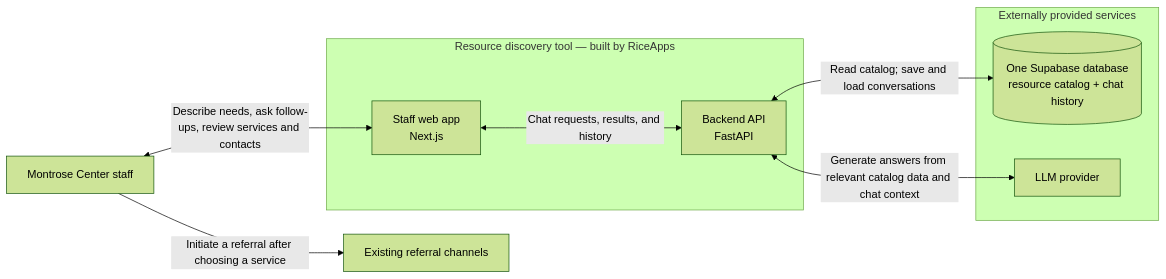
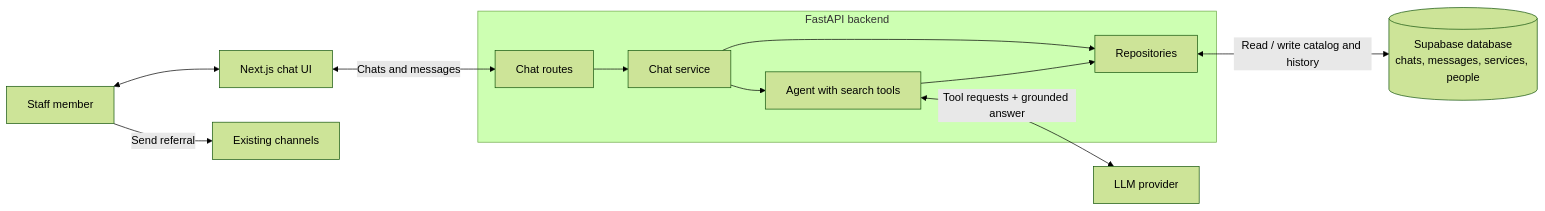
One commit to rice-apps/montrose-center changed the first of 2 diagrams in design/architecture_diagram.md. Above: the diagram before and after it, drawn with Mermaid (forest theme). The commit also changed other lines of this file and 1 other file, not shown here.

Commit message:
cleaned up diagram

````diff
--- a/design/architecture_diagram.md
+++ b/design/architecture_diagram.md
@@ -9,22 +9,16 @@
 ```mermaid
 flowchart LR
-    Staff["Montrose Center staff"]
+    Staff["Staff member"] <--> UI["Next.js chat UI"]
 
-    subgraph System["Resource discovery tool — built by RiceApps"]
-        UI["Staff web app<br/>Next.js"]
-        API["Backend API<br/>FastAPI"]
-        UI <-->|"Chat requests, results, and history"| API
+    subgraph Backend["FastAPI backend"]
+        Routes["Chat routes"] --> Chat["Chat service"]
+        Chat --> Agent["Agent with search tools"]
+        Chat --> Repo["Repositories"]
+        Agent --> Repo
     end
 
-    subgraph Providers["Externally provided services"]
-        DB[("One Supabase database<br/>resource catalog + chat history")]
-        LLM["LLM provider"]
-    end
-
-    Referral["Existing referral channels"]
-
-    Staff <-->|"Describe needs, ask follow-ups, review services and contacts"| UI
-    API <-->|"Read catalog; save and load conversations"| DB
-    API <-->|"Generate answers from relevant catalog data and chat context"| LLM
-    Staff -->|"Initiate a referral after choosing a service"| Referral
+    UI <-->|"Chats and messages"| Routes
+    Repo <-->|"Read / write catalog and history"| DB[("Supabase database<br/>chats, messages, services, people")]
+    Agent <-->|"Tool requests + grounded answer"| LLM["LLM provider"]
+    Staff -->|"Send referral"| Referral["Existing channels"]
 ```
````
